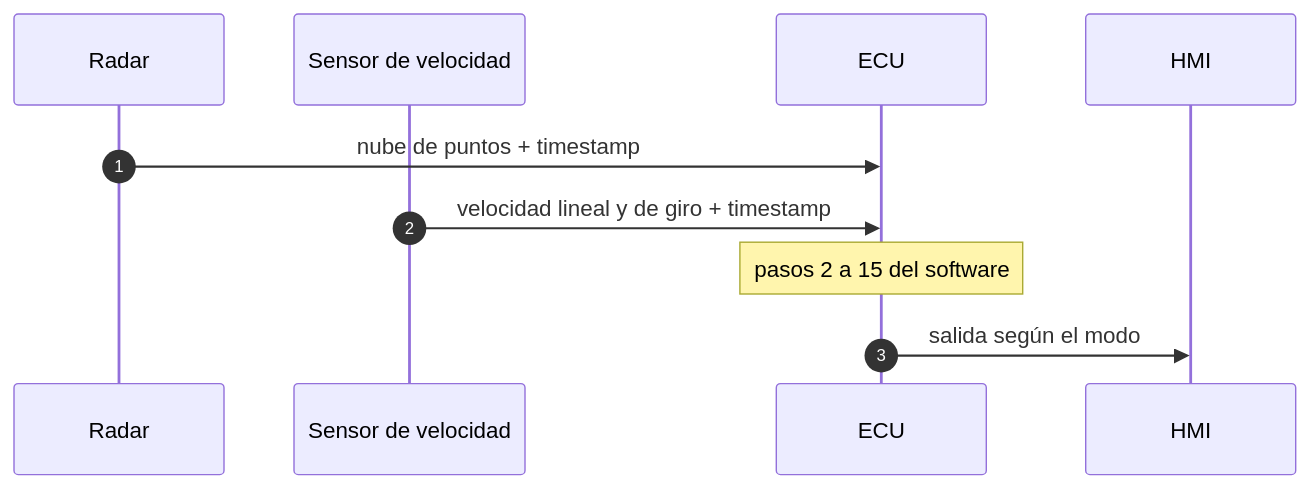
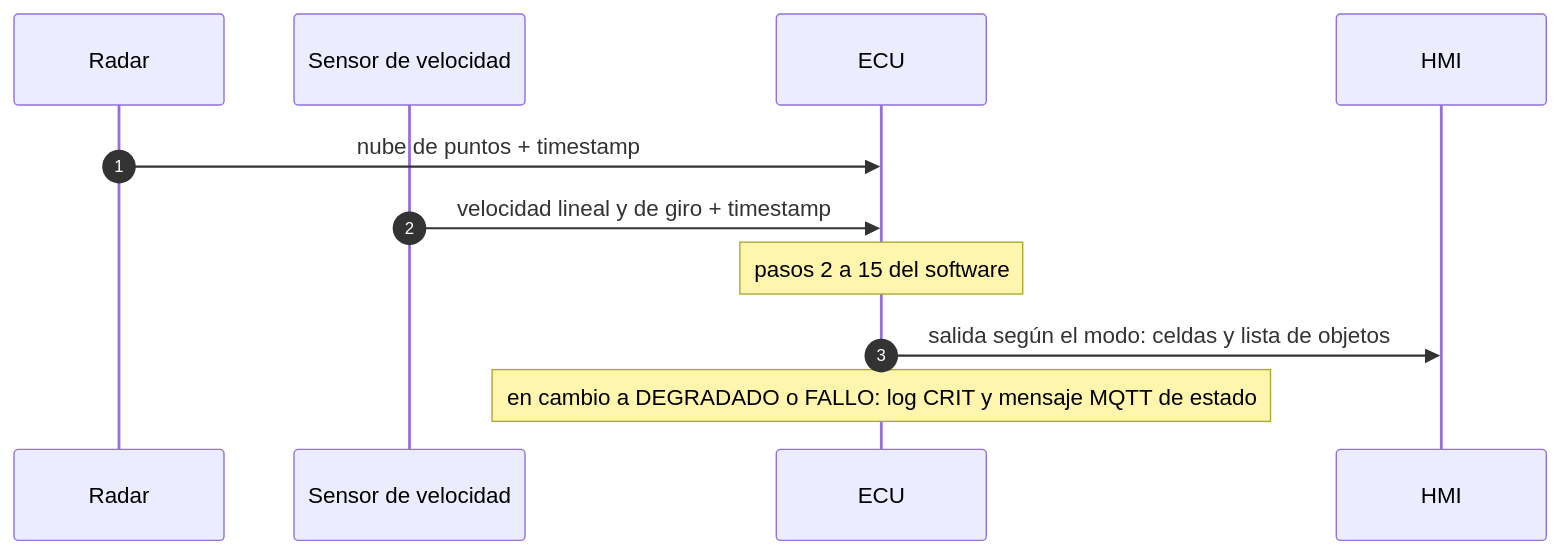
One commit to buzondealiciagarcia-cmyk/prueba-tecnica-saf changed the diagram in docs/02-diseno/diagramas/secuencia-ciclo.mmd. Above: the diagram before and after it, drawn with Mermaid. The commit also changed 5 other files, not shown here.

```diff
--- a/docs/02-diseno/diagramas/secuencia-ciclo.mmd
+++ b/docs/02-diseno/diagramas/secuencia-ciclo.mmd
@@ -1,10 +1,11 @@
 sequenceDiagram
   autonumber
   participant R as Radar
   participant V as Sensor de velocidad
   participant E as ECU
   participant H as HMI
   R->>E: nube de puntos + timestamp
   V->>E: velocidad lineal y de giro + timestamp
   Note over E: pasos 2 a 15 del software
-  E->>H: salida según el modo
+  E->>H: salida según el modo: celdas y lista de objetos
+  Note over E: en cambio a DEGRADADO o FALLO: log CRIT y mensaje MQTT de estado
```
